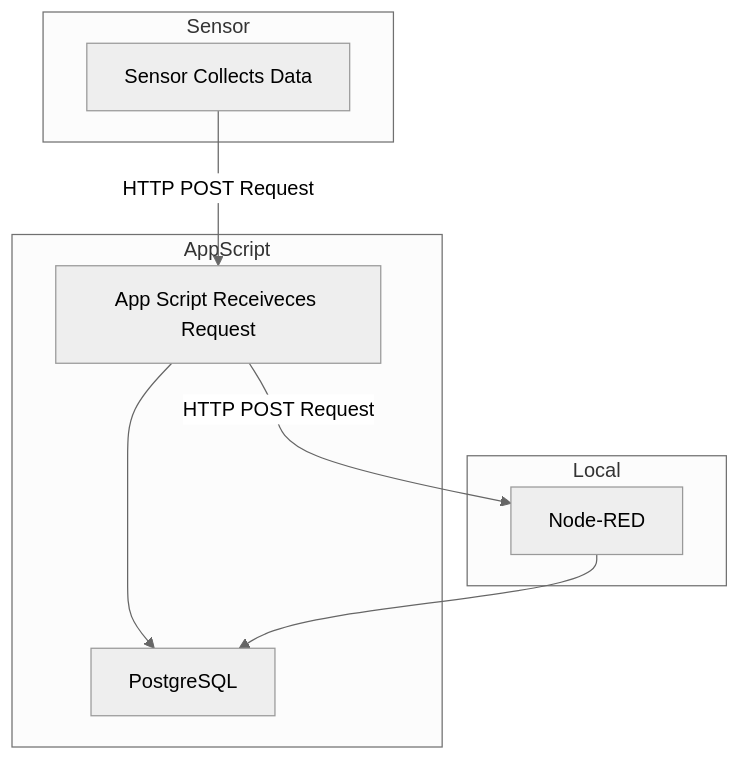
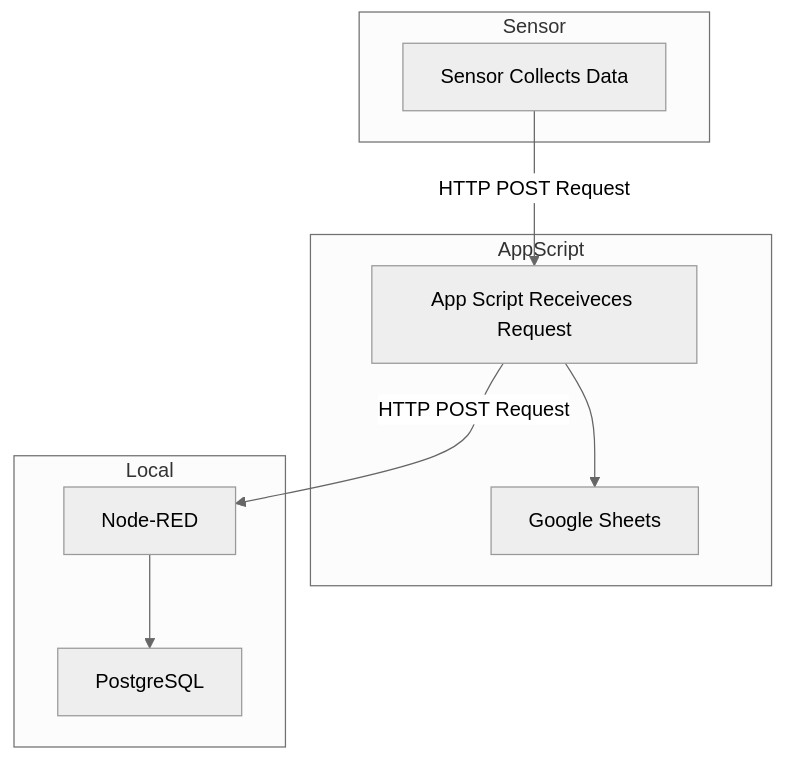
The second of 2 diagrams in README.md (jonss0777/DIY_Sensor), drawn with Mermaid (neutral theme) before and after one commit. The commit also changed other lines of this file, not shown here.

````diff
--- a/README.md
+++ b/README.md
@@ -31,18 +31,18 @@
 ```mermaid
   flowchart TD
     subgraph Sensor
         A1[Sensor Collects Data]
     end
 
     subgraph AppScript
         B1[App Script Receiveces Request] --> B2[Google Sheets]
     end
 
     subgraph Local
-        C1[Node-RED] --> B2[PostgreSQL]
+        C1[Node-RED] --> C2[PostgreSQL]
     end
 
     A1 --> |HTTP POST Request|B1
     B1 --> |HTTP POST Request|C1
 
 ```
````
